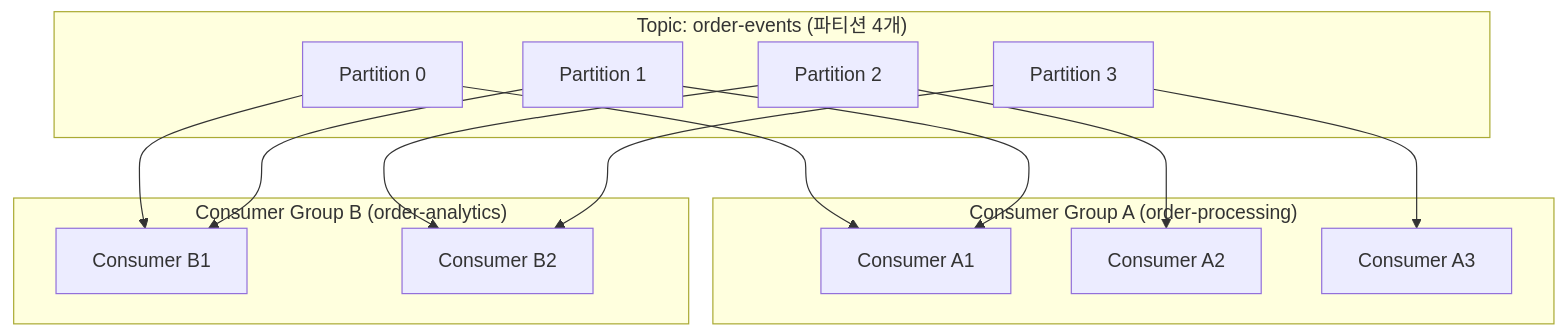
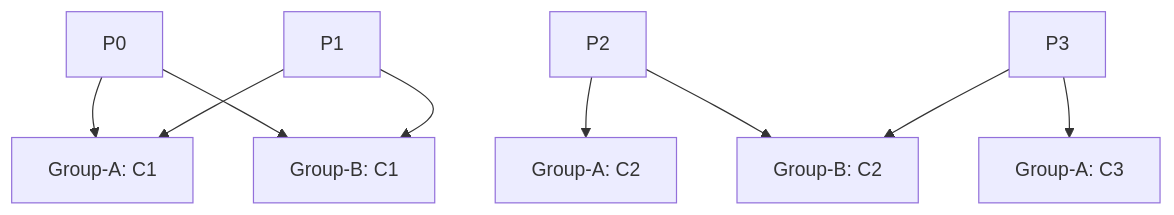
The fifth of 17 diagrams in _posts/kafka/2026-05-01-kafka-fundamentals.md (yjkim2015/yjkim2015.github.io), drawn with Mermaid before and after one commit. The commit also changed other lines of this file and 215 other files, not shown here.

First line of the commit message:
신규 포스트 10개 추가 + Mermaid 전면 축소 + SystemDesign 시리즈 보강

````diff
--- a/_posts/kafka/2026-05-01-kafka-fundamentals.md
+++ b/_posts/kafka/2026-05-01-kafka-fundamentals.md
@@ -187,26 +176,6 @@
 ```mermaid
 graph TD
-    subgraph topic["Topic: order-events (파티션 4개)"]
-        P0[Partition 0]
-        P1[Partition 1]
-        P2[Partition 2]
-        P3[Partition 3]
-    end
-    subgraph groupA["Consumer Group A (order-processing)"]
-        A1["Consumer A1"]
-        A2["Consumer A2"]
-        A3["Consumer A3"]
-    end
-    subgraph groupB["Consumer Group B (order-analytics)"]
-        B1["Consumer B1"]
-        B2["Consumer B2"]
-    end
-    P0 --> A1
-    P1 --> A1
-    P2 --> A2
-    P3 --> A3
-    P0 --> B1
-    P1 --> B1
-    P2 --> B2
-    P3 --> B2
+    P0 & P1 --> A1[Group-A: C1] & B1[Group-B: C1]
+    P2 --> A2[Group-A: C2] & B2[Group-B: C2]
+    P3 --> A3[Group-A: C3] & B2
 ```
````
